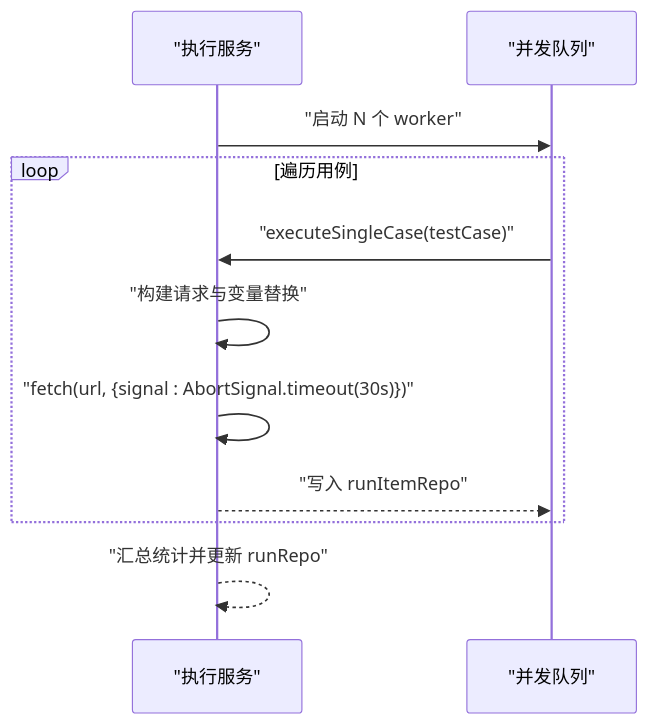
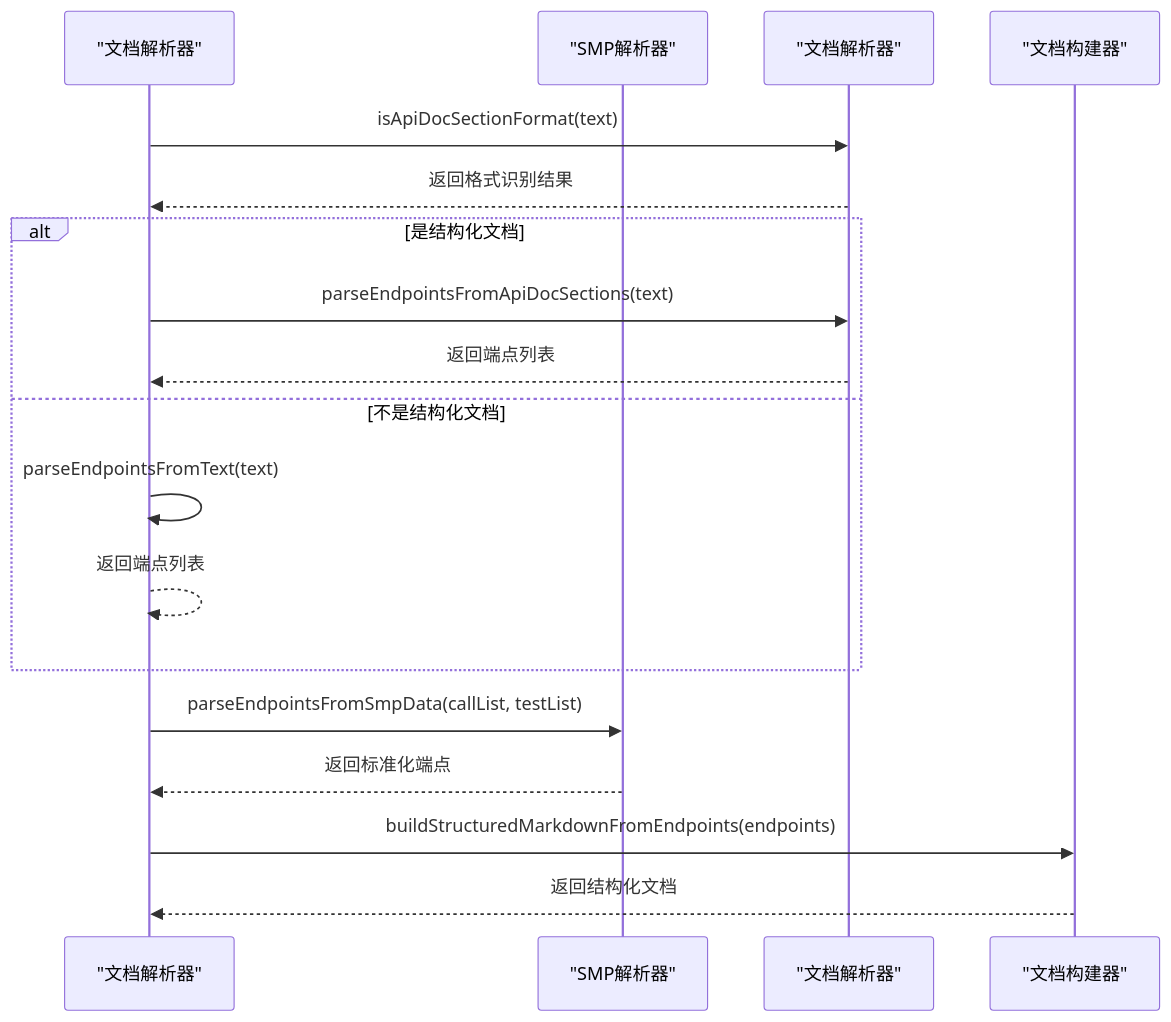
One commit to Lichhu/caseForge changed the fifth of 8 diagrams in .qoder/repowiki/zh/content/核心功能模块/API 测试模块.md. Above: the diagram before and after it, drawn with Mermaid. The commit also changed other lines of this file and 8 other files, not shown here.

````diff
--- a/.qoder/repowiki/zh/content/核心功能模块/API 测试模块.md
+++ b/.qoder/repowiki/zh/content/核心功能模块/API 测试模块.md
@@ -536,13 +319,20 @@
 ```mermaid
 sequenceDiagram
-participant EXEC as "执行服务"
-participant Q as "并发队列"
-EXEC->>Q : "启动 N 个 worker"
-loop 遍历用例
-Q->>EXEC : "executeSingleCase(testCase)"
-EXEC->>EXEC : "构建请求与变量替换"
-EXEC->>EXEC : "fetch(url, {signal : AbortSignal.timeout(30s)})"
-EXEC-->>Q : "写入 runItemRepo"
+participant Parser as "文档解析器"
+participant SmpParser as "SMP解析器"
+participant DocParser as "文档解析器"
+participant Builder as "文档构建器"
+Parser->>DocParser : isApiDocSectionFormat(text)
+DocParser-->>Parser : 返回格式识别结果
+alt 是结构化文档
+Parser->>DocParser : parseEndpointsFromApiDocSections(text)
+DocParser-->>Parser : 返回端点列表
+else 不是结构化文档
+Parser->>Parser : parseEndpointsFromText(text)
+Parser-->>Parser : 返回端点列表
 end
-EXEC-->>EXEC : "汇总统计并更新 runRepo"
+Parser->>SmpParser : parseEndpointsFromSmpData(callList, testList)
+SmpParser-->>Parser : 返回标准化端点
+Parser->>Builder : buildStructuredMarkdownFromEndpoints(endpoints)
+Builder-->>Parser : 返回结构化文档
 ```
````
